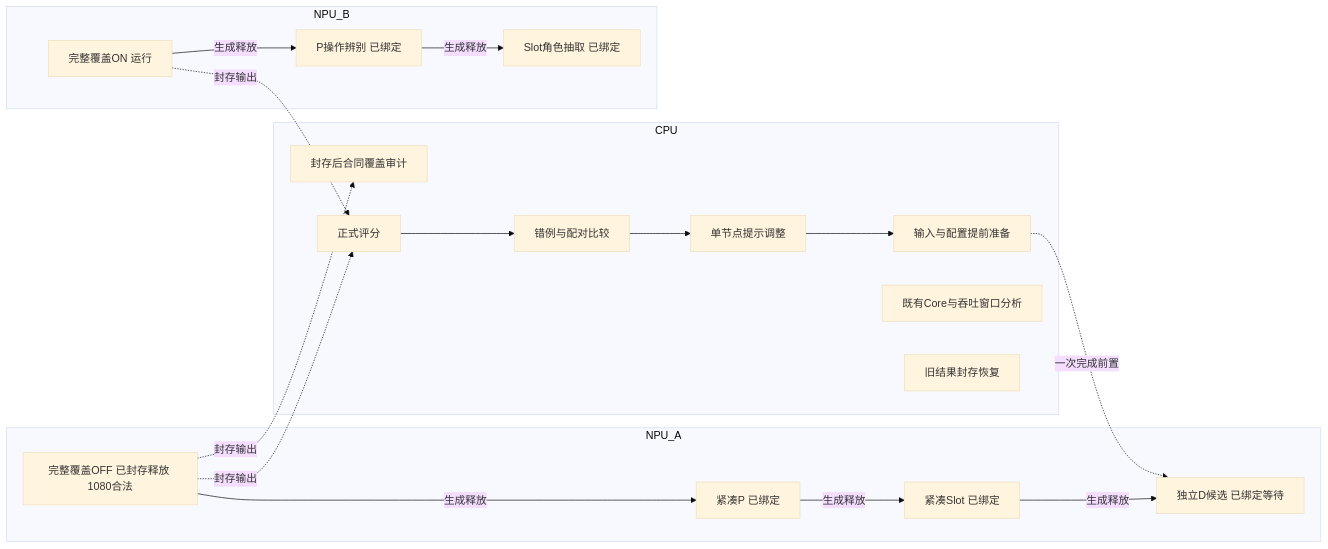
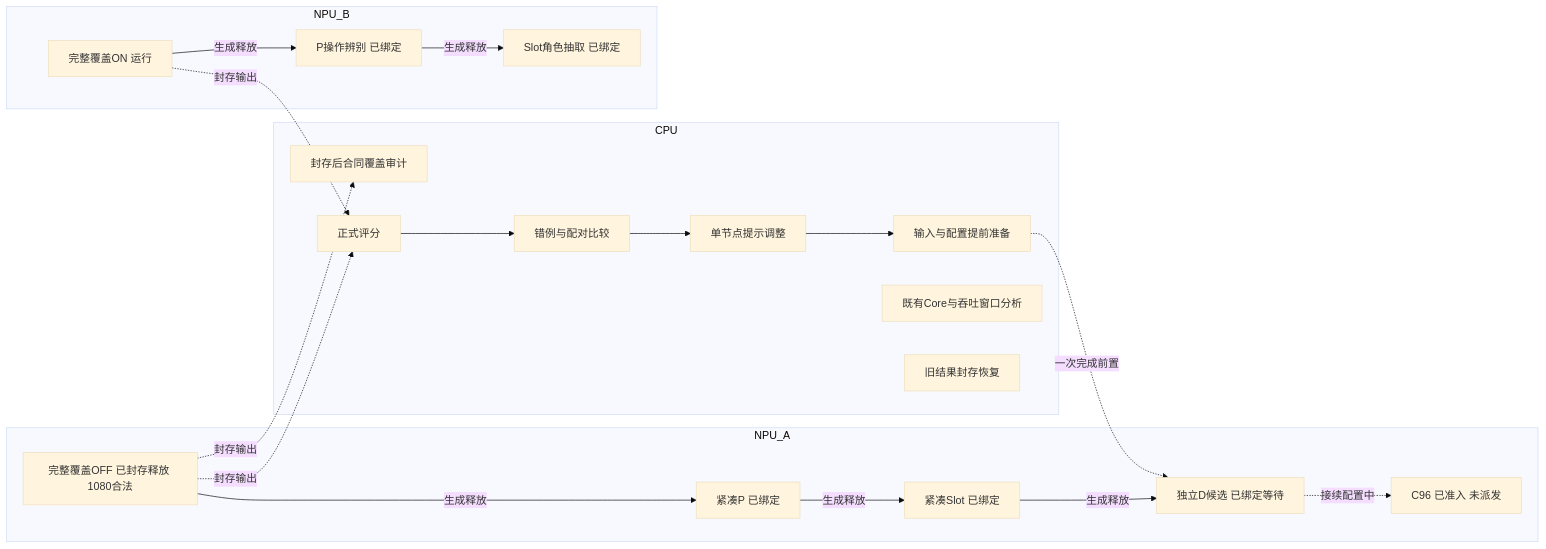
Before and after one commit to chaosxingxc-orion/omni: the diagram in wiki/TFRL-Execution-DAG.md, drawn with Mermaid (base theme). The commit also changed other lines of this file and 2 other files, not shown here.

````diff
--- a/wiki/TFRL-Execution-DAG.md
+++ b/wiki/TFRL-Execution-DAG.md
@@ -39,24 +39,25 @@
 ```mermaid
 flowchart LR
   subgraph CPU
     Prep[输入与配置提前准备]
     Audit[封存后合同覆盖审计]
     Score[正式评分] --> Compare[错例与配对比较]
     Compare --> Tune[单节点提示调整] --> Prep
     Efficiency[既有Core与吞吐窗口分析]
     Recover[旧结果封存恢复]
   end
   subgraph NPU_A
     A[完整覆盖OFF 已封存释放 1080合法] -->|生成释放| CP[紧凑P 已绑定]
     CP -->|生成释放| CS[紧凑Slot 已绑定]
     CS -->|生成释放| D[独立D候选 已绑定等待]
+    D -.接续配置中.-> C96[C96 已准入 未派发]
   end
   subgraph NPU_B
     B[完整覆盖ON 运行] -->|生成释放| P[P操作辨别 已绑定]
     P -->|生成释放| S[Slot角色抽取 已绑定]
   end
   A -.封存输出.-> Audit
   A -.封存输出.-> Score
   B -.封存输出.-> Score
   Prep -.一次完成前置.-> D
 ```
````
